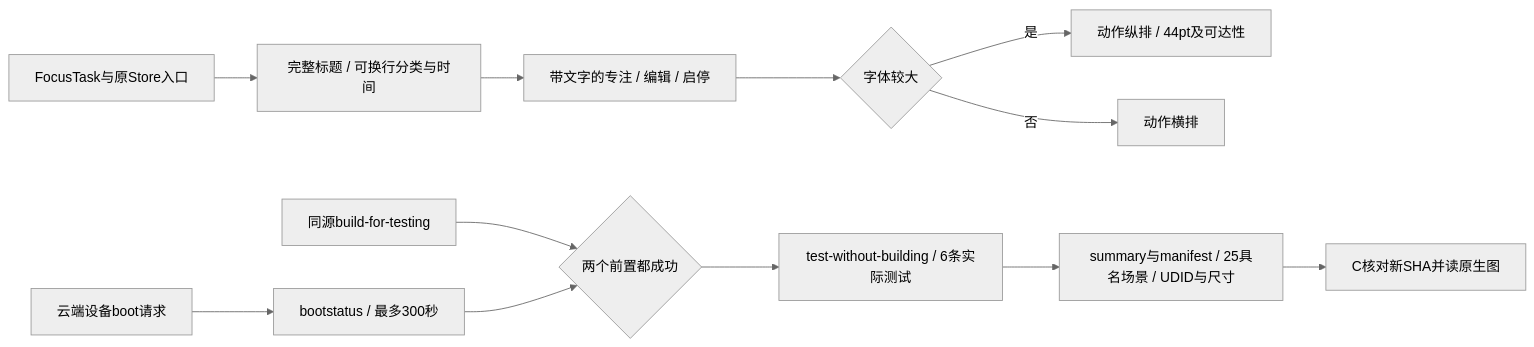
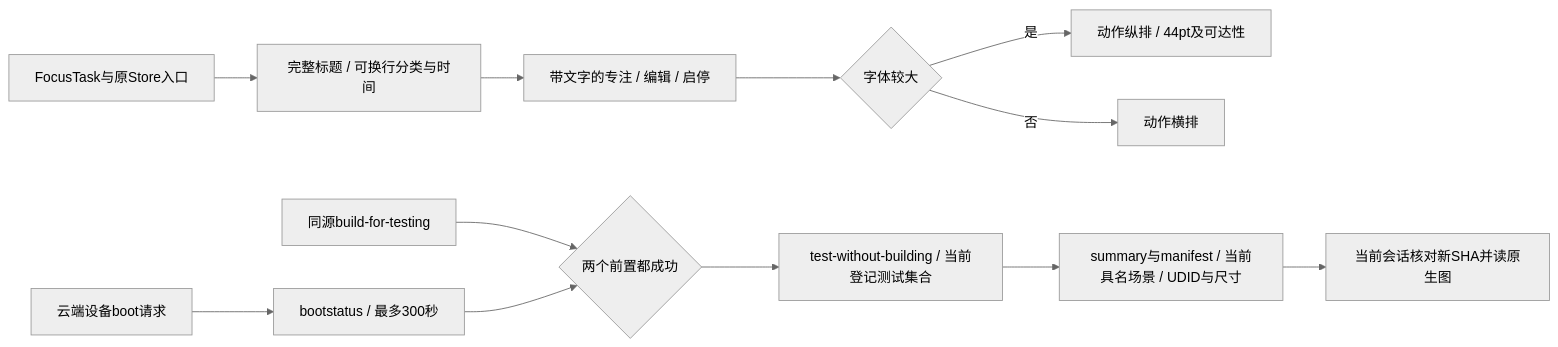
One commit to Altman-sam114/114 changed the second of 14 diagrams in md/flow/flowchart.md. Above: the diagram before and after it, drawn with Mermaid (neutral theme). The commit also changed other lines of this file and 8 other files, not shown here.

````diff
--- a/md/flow/flowchart.md
+++ b/md/flow/flowchart.md
@@ -33,14 +33,14 @@
 ```mermaid
 flowchart LR
   TASK[FocusTask与原Store入口] --> CONTENT[完整标题 / 可换行分类与时间]
   CONTENT --> ACTION[带文字的专注 / 编辑 / 启停]
   ACTION --> SIZE{字体较大}
   SIZE -->|是| COLUMN[动作纵排 / 44pt及可达性]
   SIZE -->|否| ROW[动作横排]
   BOOT[云端设备boot请求] --> READY[bootstatus / 最多300秒]
   BUILD[同源build-for-testing] --> BOTH{两个前置都成功}
   READY --> BOTH
-  BOTH --> RUN[test-without-building / 6条实际测试]
-  RUN --> BIND[summary与manifest / 25具名场景 / UDID与尺寸]
-  BIND --> REVIEW[C核对新SHA并读原生图]
+  BOTH --> RUN[test-without-building / 当前登记测试集合]
+  RUN --> BIND[summary与manifest / 当前具名场景 / UDID与尺寸]
+  BIND --> REVIEW[当前会话核对新SHA并读原生图]
 ```
````
